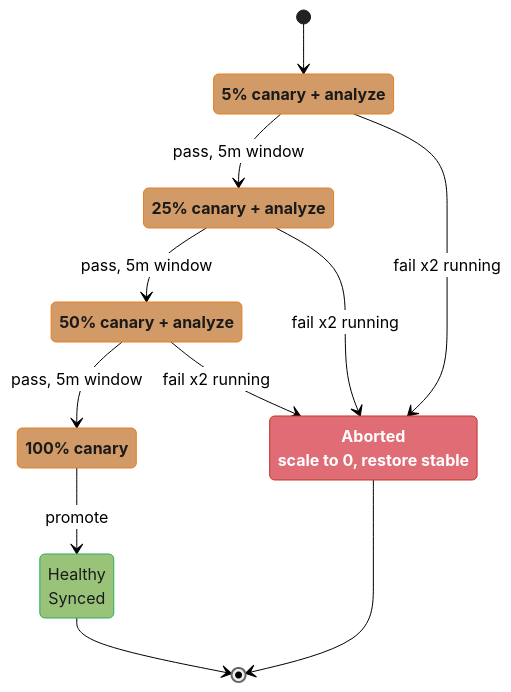
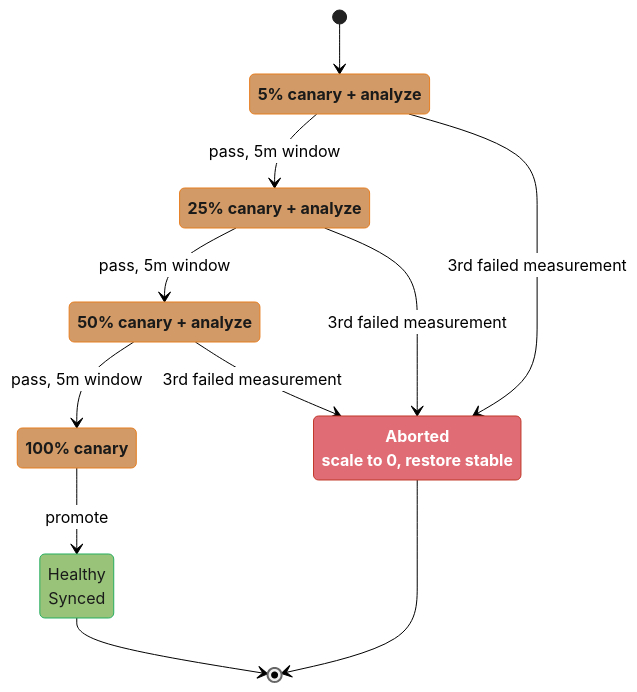
One commit to rppol/system-design changed the fifth of 6 diagrams in src/main/java/com/rutik/systemdesign/devops/case_studies/design_gitops_delivery_pipeline.md. Above: the diagram before and after it, drawn with Mermaid (neutral theme). The commit also changed other lines of this file and 2 other files, not shown here.

````diff
--- a/src/main/java/com/rutik/systemdesign/devops/case_studies/design_gitops_delivery_pipeline.md
+++ b/src/main/java/com/rutik/systemdesign/devops/case_studies/design_gitops_delivery_pipeline.md
@@ -511,33 +520,33 @@
 ```mermaid
 stateDiagram-v2
     classDef io      fill:#61afef,stroke:#2e86c1,color:#1a1a1a,font-weight:bold
     classDef frozen  fill:#c678dd,stroke:#9b59b6,color:#fff
     classDef train   fill:#98c379,stroke:#27ae60,color:#1a1a1a
     classDef mathOp  fill:#d19a66,stroke:#e67e22,color:#1a1a1a,font-weight:bold
     classDef lossN   fill:#e06c75,stroke:#c0392b,color:#fff,font-weight:bold
     classDef req     fill:#56b6c2,stroke:#0097a7,color:#1a1a1a
     classDef base    fill:#e5c07b,stroke:#f39c12,color:#1a1a1a
 
     [*] --> Weight5
     state "5% canary + analyze" as Weight5
     state "25% canary + analyze" as Weight25
     state "50% canary + analyze" as Weight50
     state "100% canary" as Weight100
     state "Aborted<br/>scale to 0, restore stable" as Aborted
     state "Healthy<br/>Synced" as Healthy
 
     Weight5 --> Weight25: pass, 5m window
-    Weight5 --> Aborted: fail x2 running
+    Weight5 --> Aborted: 3rd failed measurement
     Weight25 --> Weight50: pass, 5m window
-    Weight25 --> Aborted: fail x2 running
+    Weight25 --> Aborted: 3rd failed measurement
     Weight50 --> Weight100: pass, 5m window
-    Weight50 --> Aborted: fail x2 running
+    Weight50 --> Aborted: 3rd failed measurement
     Weight100 --> Healthy: promote
 
     Healthy --> [*]
     Aborted --> [*]
 
     class Weight5,Weight25,Weight50,Weight100 mathOp
     class Healthy train
     class Aborted lossN
 ```
````
